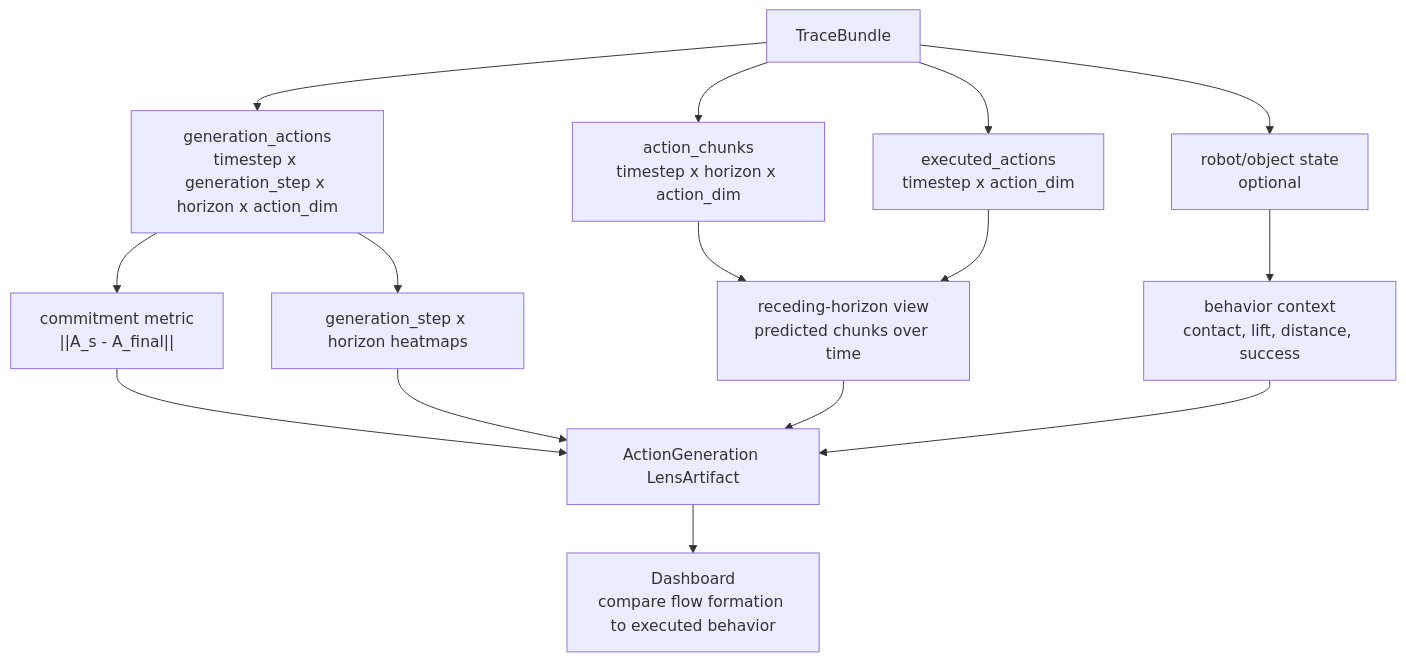
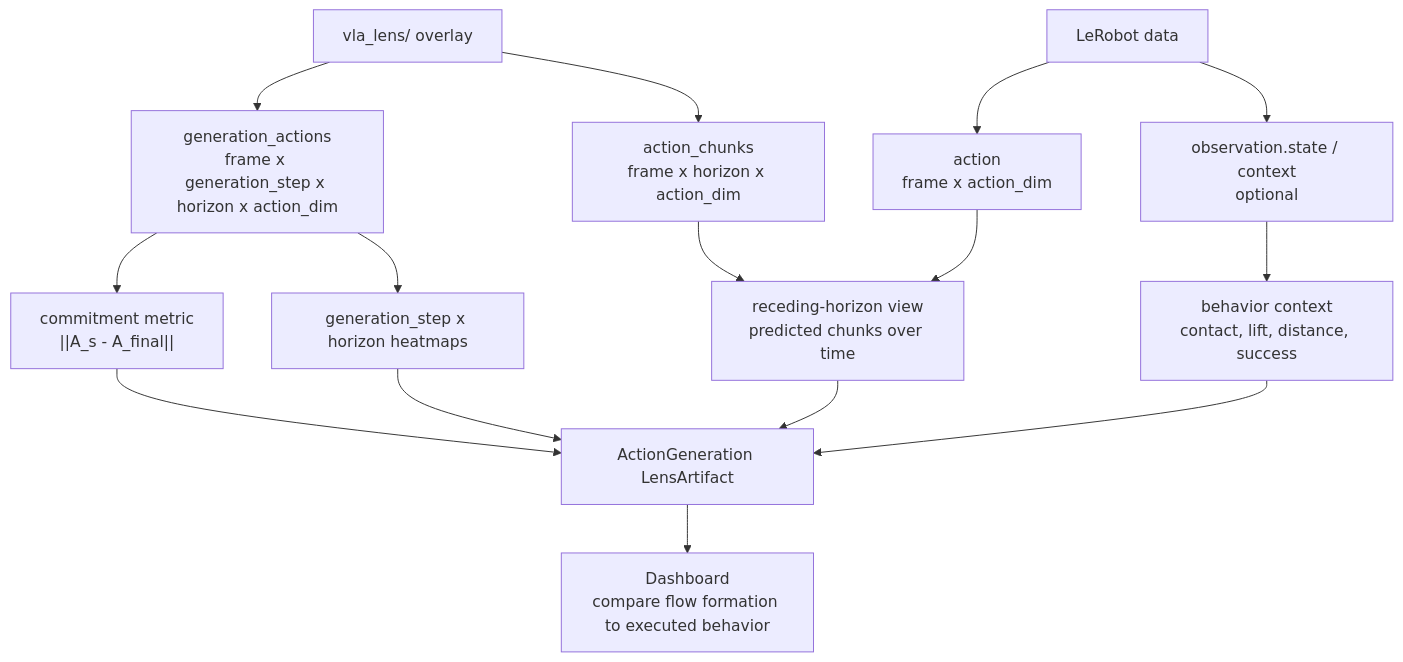
Before and after one commit to thajpo/vla-lens: the sixth of 7 diagrams in docs/vla-lens-architecture-workflows.md, drawn with Mermaid. The commit also changed other lines of this file and 9 other files, not shown here.

````diff
--- a/docs/vla-lens-architecture-workflows.md
+++ b/docs/vla-lens-architecture-workflows.md
@@ -157,19 +165,19 @@
 ```mermaid
 flowchart TB
-    Bundle["TraceBundle"] --> Generation["generation_actions\ntimestep x generation_step x horizon x action_dim"]
-    Bundle --> Chunk["action_chunks\ntimestep x horizon x action_dim"]
-    Bundle --> Executed["executed_actions\ntimestep x action_dim"]
-    Bundle --> State["robot/object state\noptional"]
+    Overlay["vla_lens/ overlay"] --> Generation["generation_actions\nframe x generation_step x horizon x action_dim"]
+    Overlay --> Chunk["action_chunks\nframe x horizon x action_dim"]
+    Robot["LeRobot data"] --> Executed["action\nframe x action_dim"]
+    Robot --> State["observation.state / context\noptional"]
 
     Generation --> Commit["commitment metric\n||A_s - A_final||"]
     Generation --> Heatmap["generation_step x horizon heatmaps"]
     Chunk --> Receding["receding-horizon view\npredicted chunks over time"]
     Executed --> Receding
     State --> Outcome["behavior context\ncontact, lift, distance, success"]
 
     Commit --> Artifact["ActionGeneration LensArtifact"]
     Heatmap --> Artifact
     Receding --> Artifact
     Outcome --> Artifact
     Artifact --> Dashboard["Dashboard\ncompare flow formation to executed behavior"]
 ```
````
